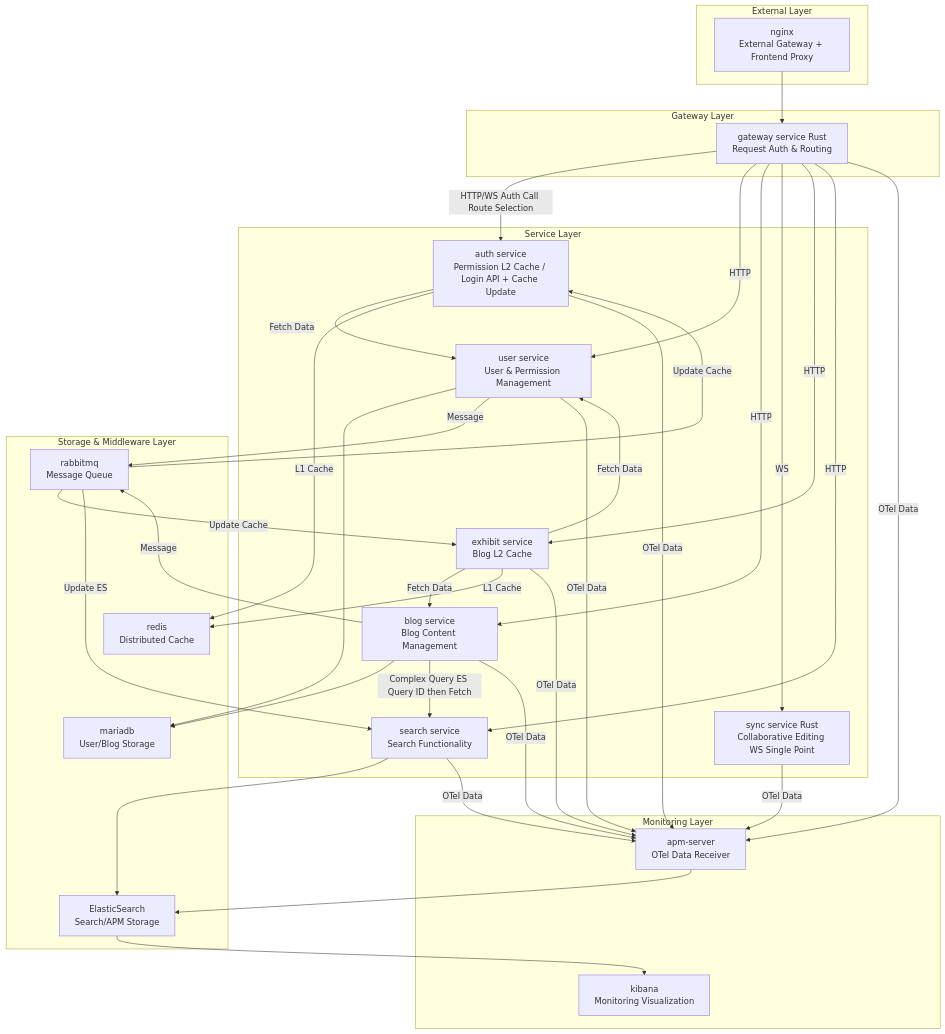
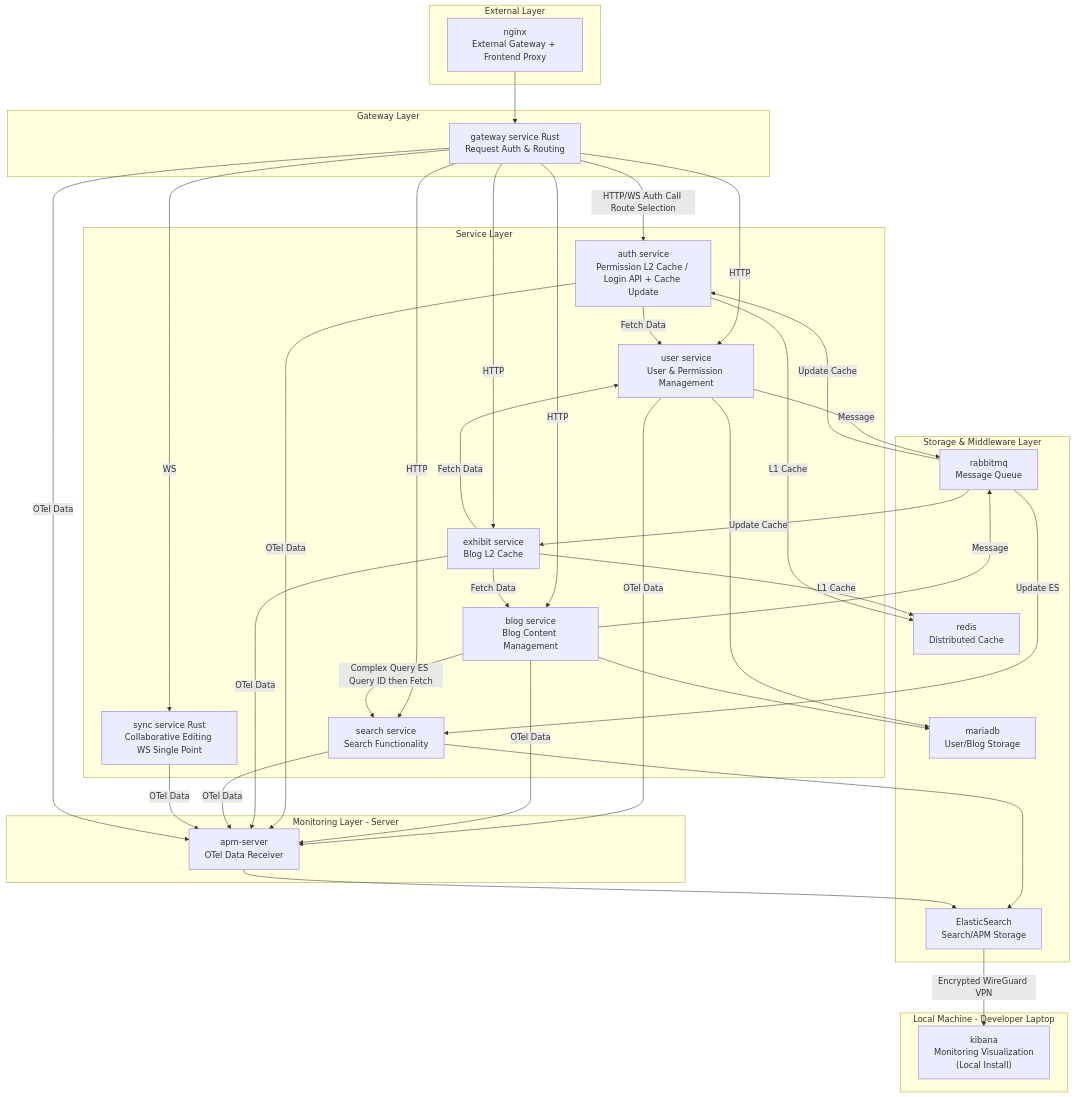
The diagram in README.md (mingchiuli/megalith-micro), drawn with Mermaid before and after one commit.

````diff
--- a/README.md
+++ b/README.md
@@ -11,64 +11,58 @@
 ```mermaid
 graph TD
     %% Layer Definitions
     subgraph ExternalLayer[External Layer]
         Nginx["nginx<br/>External Gateway + Frontend Proxy"]
     end
-
     subgraph GatewayLayer[Gateway Layer]
         Gateway["gateway service Rust<br/>Request Auth & Routing"]
     end
-
     subgraph ServiceLayer[Service Layer]
         Auth["auth service<br/>Permission L2 Cache / Login API + Cache Update"]
         User["user service<br/>User & Permission Management"]
         Blog["blog service<br/>Blog Content Management"]
         Sync["sync service Rust<br/>Collaborative Editing WS Single Point"]
         Exhibit["exhibit service<br/>Blog L2 Cache"]
         Search["search service<br/>Search Functionality"]
     end
-
     subgraph StorageLayer[Storage & Middleware Layer]
         MariaDB["mariadb<br/>User/Blog Storage"]
         Redis["redis<br/>Distributed Cache"]
         RabbitMQ["rabbitmq<br/>Message Queue"]
         ES["ElasticSearch<br/>Search/APM Storage"]
     end
-
-    subgraph MonitoringLayer[Monitoring Layer]
+    subgraph MonitoringLayer[Monitoring Layer - Server]
         APMServer["apm-server<br/>OTel Data Receiver"]
-        Kibana["kibana<br/>Monitoring Visualization"]
     end
-
+    subgraph LocalMachine[Local Machine - Developer Laptop]
+        Kibana["kibana<br/>Monitoring Visualization<br/>(Local Install)"]
+    end
     %% Traffic Flow Sync uses WS others HTTP
     Nginx --> Gateway
     Gateway -->|HTTP/WS Auth Call Route Selection| Auth
     Gateway -->|HTTP| User
     Gateway -->|HTTP| Blog
     Gateway -->|WS| Sync
     Gateway -->|HTTP| Exhibit
     Gateway -->|HTTP| Search
-
     %% Business Dependencies
     User --> MariaDB
     Blog --> MariaDB
     Exhibit -->|Fetch Data| User
     Exhibit -->|Fetch Data| Blog
     Auth -->|Fetch Data| User
     Search --> ES
     Blog -->|Complex Query ES Query ID then Fetch| Search
-
     %% Messages & Cache Auth receives RabbitMQ messages to update cache
     User -->|Message| RabbitMQ
     Blog -->|Message| RabbitMQ
     RabbitMQ -->|Update Cache| Exhibit
     RabbitMQ -->|Update ES| Search
     RabbitMQ -->|Update Cache| Auth
     Exhibit -->|L1 Cache| Redis
     Auth -->|L1 Cache| Redis
-
     %% Monitoring Flow
     User & Blog & Auth & Exhibit & Search & Sync & Gateway -->|OTel Data| APMServer
     APMServer --> ES
-    ES --> Kibana
+    ES -->|Encrypted WireGuard VPN| Kibana
 ```
````
